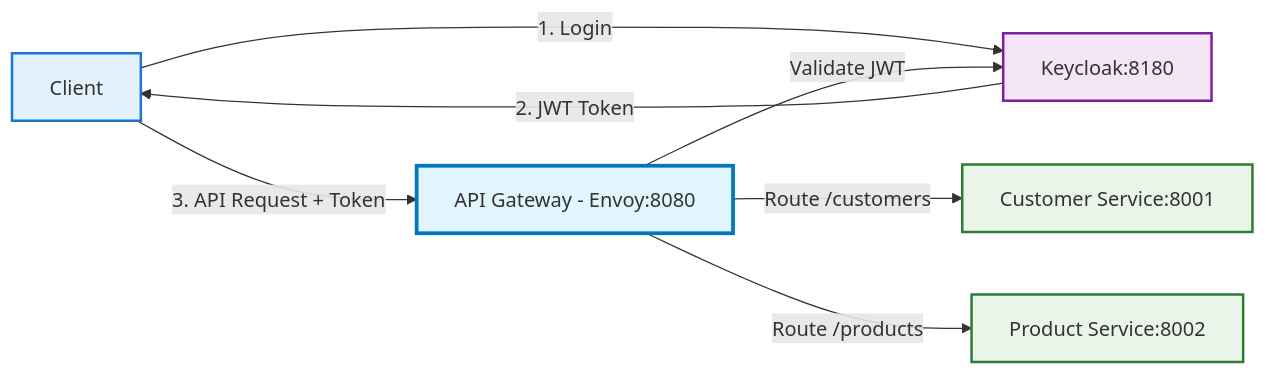
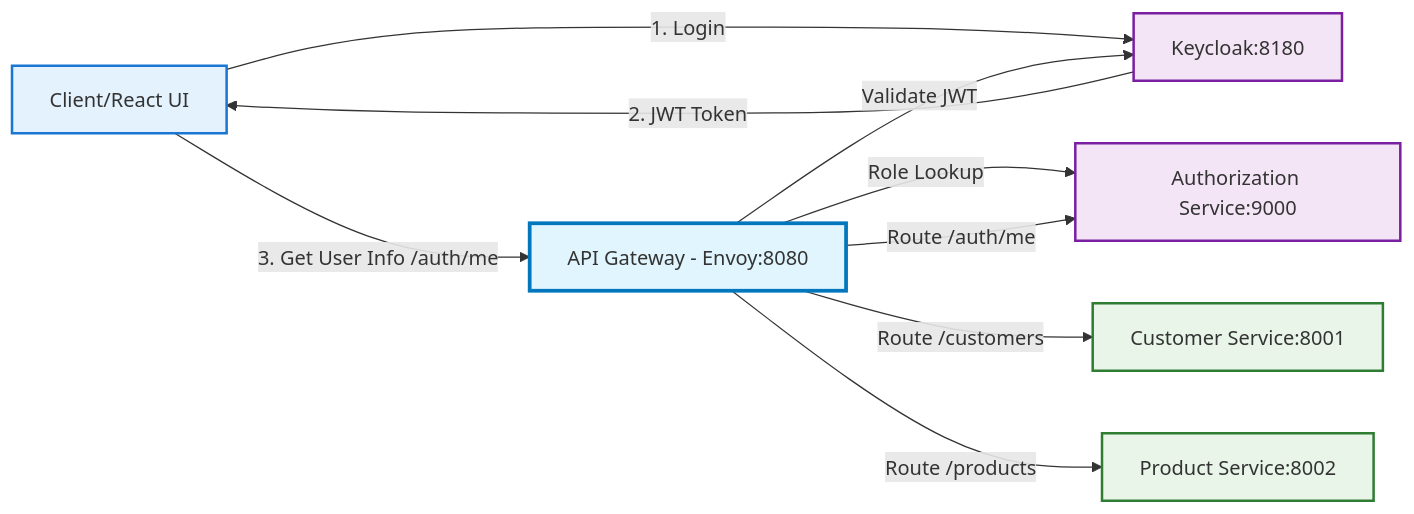
Before and after one commit to ravi064/APIGatewayPOC: the first of 2 diagrams in docs/architecture/system-architecture.md, drawn with Mermaid. The commit also changed other lines of this file and 19 other files, not shown here.

````diff
--- a/docs/architecture/system-architecture.md
+++ b/docs/architecture/system-architecture.md
@@ -7,25 +7,28 @@
 ```mermaid
 graph LR
-    Client[Client]
+    Client[Client/React UI]
     Gateway[API Gateway - Envoy:8080]
     Keycloak[Keycloak:8180]
+    AuthZ[Authorization Service:9000]
     Customer[Customer Service:8001]
     Product[Product Service:8002]
     
     Client -->|1. Login| Keycloak
     Keycloak -->|2. JWT Token| Client
-    Client -->|3. API Request + Token| Gateway
+    Client -->|3. Get User Info /auth/me| Gateway
     Gateway -->|Validate JWT| Keycloak
+    Gateway -->|Role Lookup| AuthZ
+    Gateway -->|Route /auth/me| AuthZ
     Gateway -->|Route /customers| Customer
     Gateway -->|Route /products| Product
     
     classDef clientStyle fill:#e3f2fd,stroke:#1976d2,stroke-width:2px
     classDef gatewayStyle fill:#e1f5fe,stroke:#0277bd,stroke-width:3px
     classDef authStyle fill:#f3e5f5,stroke:#7b1fa2,stroke-width:2px
     classDef serviceStyle fill:#e8f5e8,stroke:#2e7d32,stroke-width:2px
     
     class Client clientStyle
     class Gateway gatewayStyle
-    class Keycloak authStyle
+    class Keycloak,AuthZ authStyle
     class Customer,Product serviceStyle
 ```
````
